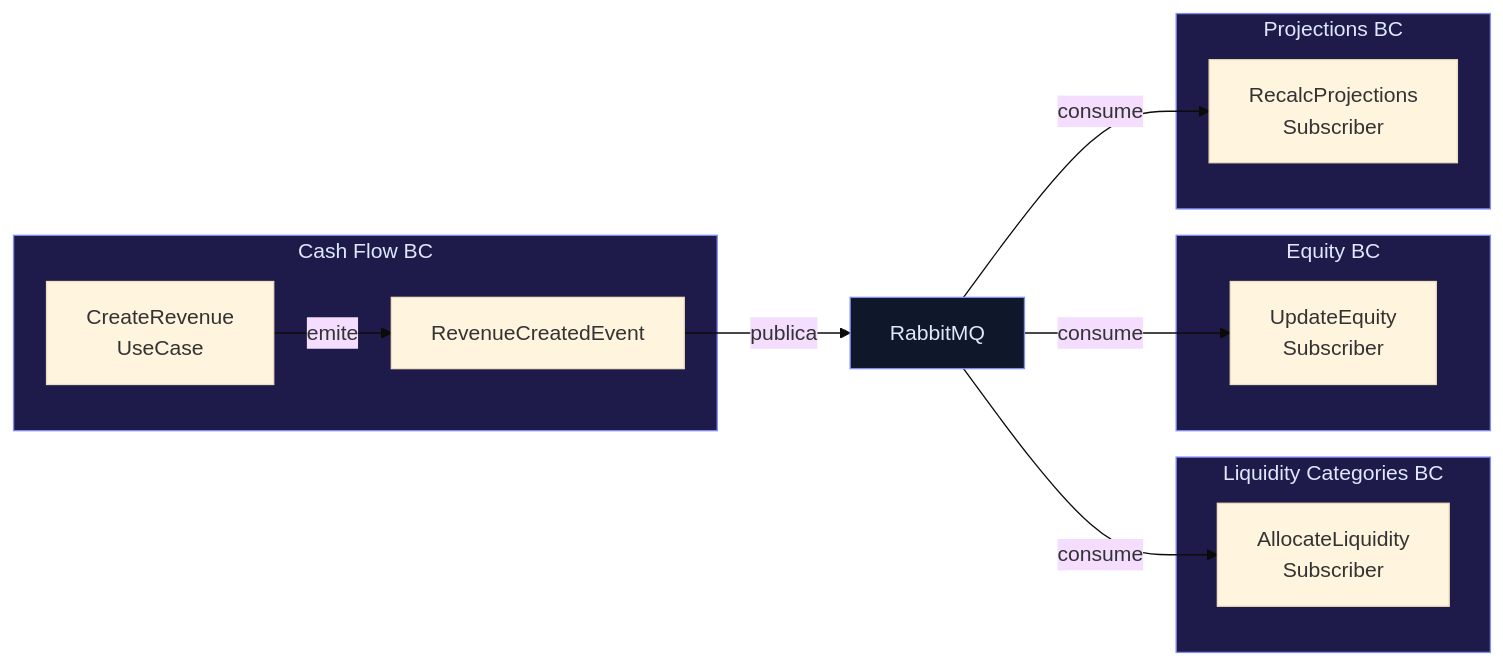
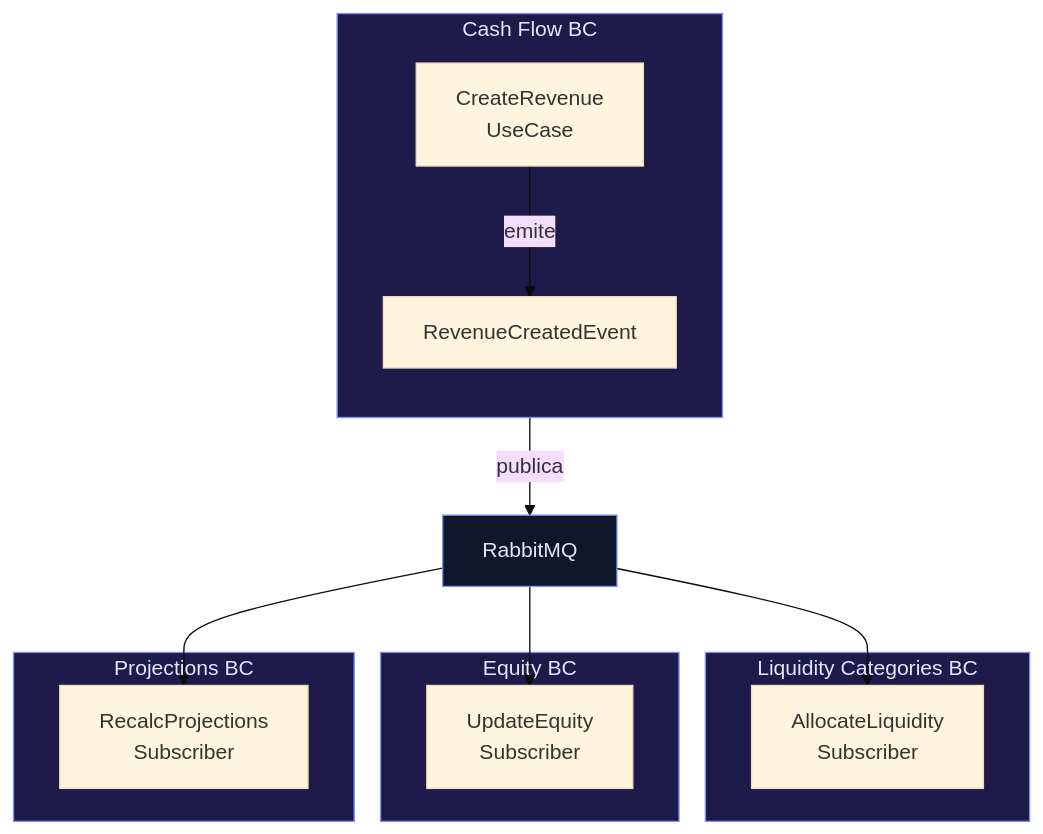
One commit to AbrahamVilchesDeLaCruz/porfolio-neon-astro changed the diagram in src/content/blog/08-comunicacion-bounded-contexts-eda.md. Above: the diagram before and after it, drawn with Mermaid (base theme). The commit also changed other lines of this file and 7 other files, not shown here.

Commit message:
Refactor blog posts for clarity and consistency in language; update titles and descriptions, improve flowcharts, and enhance readability. Add new article on the relationship between testability and observability in software design.

````diff
--- a/src/content/blog/08-comunicacion-bounded-contexts-eda.md
+++ b/src/content/blog/08-comunicacion-bounded-contexts-eda.md
@@ -54,31 +54,33 @@
 ```mermaid
-flowchart LR
+flowchart TB
     subgraph CF[Cash Flow BC]
-        UC[CreateRevenue\nUseCase]
-        UC -->|emite| EV[RevenueCreatedEvent]
+        direction TB
+        UC["CreateRevenue<br/>UseCase"]
+        EV[RevenueCreatedEvent]
+        UC -->|emite| EV
     end
 
     EV -->|publica| RMQ[RabbitMQ]
 
+    RMQ --> S1
+    RMQ --> S2
+    RMQ --> S3
+
     subgraph LC[Liquidity Categories BC]
-        S1[AllocateLiquidity\nSubscriber]
+        S1["AllocateLiquidity<br/>Subscriber"]
     end
 
     subgraph EQ[Equity BC]
-        S2[UpdateEquity\nSubscriber]
+        S2["UpdateEquity<br/>Subscriber"]
     end
 
     subgraph PR[Projections BC]
-        S3[RecalcProjections\nSubscriber]
+        S3["RecalcProjections<br/>Subscriber"]
     end
-
-    RMQ -->|consume| S1
-    RMQ -->|consume| S2
-    RMQ -->|consume| S3
 
     style CF fill:#1e1b4b,stroke:#818cf8,color:#e0e7ff
     style LC fill:#1e1b4b,stroke:#818cf8,color:#e0e7ff
     style EQ fill:#1e1b4b,stroke:#818cf8,color:#e0e7ff
     style PR fill:#1e1b4b,stroke:#818cf8,color:#e0e7ff
     style RMQ fill:#0f172a,stroke:#818cf8,color:#e0e7ff
 ```
````
